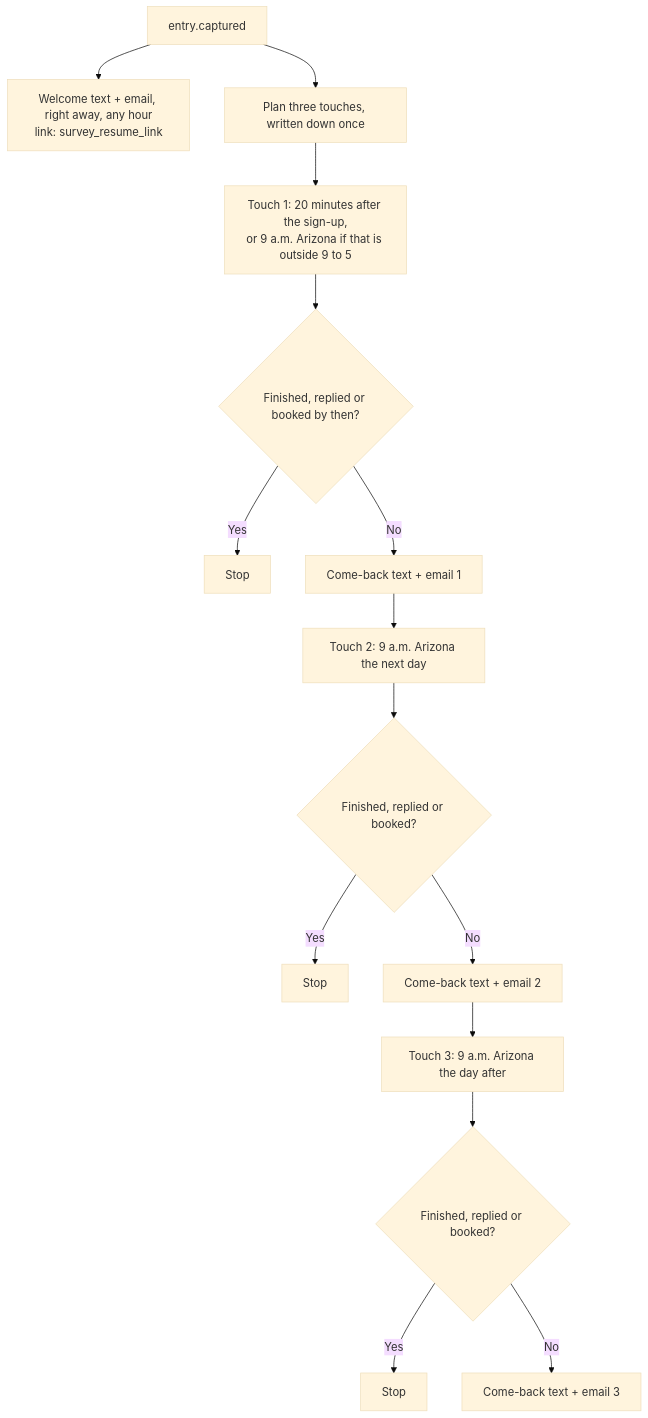
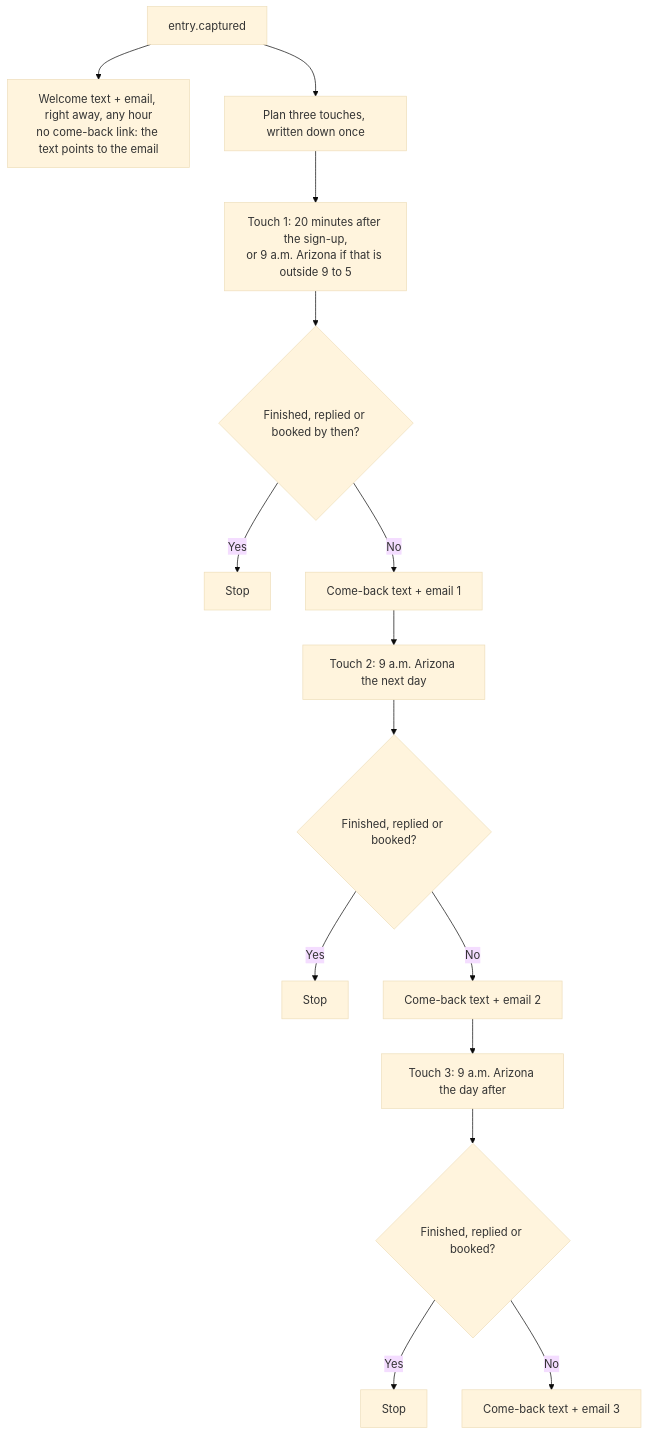
Before and after one commit to ZootimusMaximusSupreme/fundhub-platform: the third of 7 diagrams in docs/journeys/booking-notifications-flow.md, drawn with Mermaid (base theme). The commit also changed other lines of this file and 18 other files, not shown here.

First line of the commit message:
Hotfix: keep the come-back link out of texts (P1).

````diff
--- a/docs/journeys/booking-notifications-flow.md
+++ b/docs/journeys/booking-notifications-flow.md
@@ -175,17 +175,17 @@
 ```mermaid
 flowchart TD
-    E[entry.captured] --> W[Welcome text + email, right away, any hour<br/>link: survey_resume_link]
+    E[entry.captured] --> W[Welcome text + email, right away, any hour<br/>no come-back link: the text points to the email]
     E --> P[Plan three touches, written down once]
     P --> T1[Touch 1: 20 minutes after the sign-up,<br/>or 9 a.m. Arizona if that is outside 9 to 5]
     T1 --> K1{Finished, replied or booked by then?}
     K1 -->|Yes| X1[Stop]
     K1 -->|No| M1[Come-back text + email 1]
     M1 --> T2[Touch 2: 9 a.m. Arizona the next day]
     T2 --> K2{Finished, replied or booked?}
     K2 -->|Yes| X2[Stop]
     K2 -->|No| M2[Come-back text + email 2]
     M2 --> T3[Touch 3: 9 a.m. Arizona the day after]
     T3 --> K3{Finished, replied or booked?}
     K3 -->|Yes| X3[Stop]
     K3 -->|No| M3[Come-back text + email 3]
 ```
````
